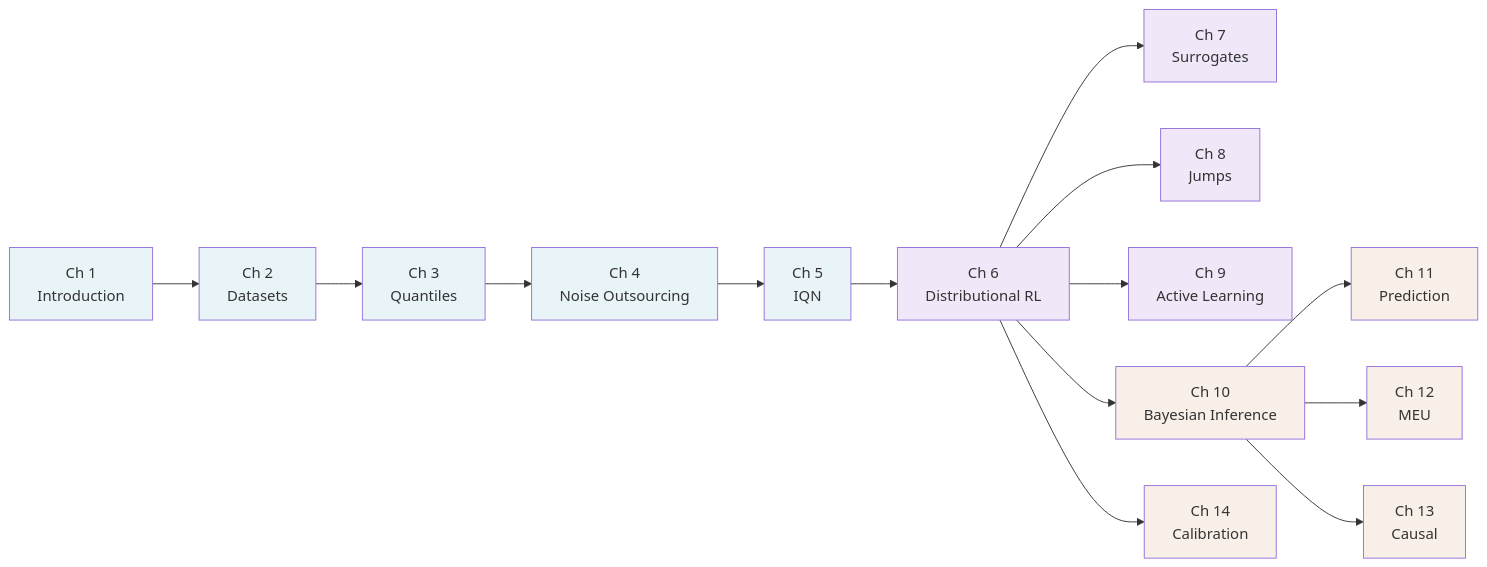
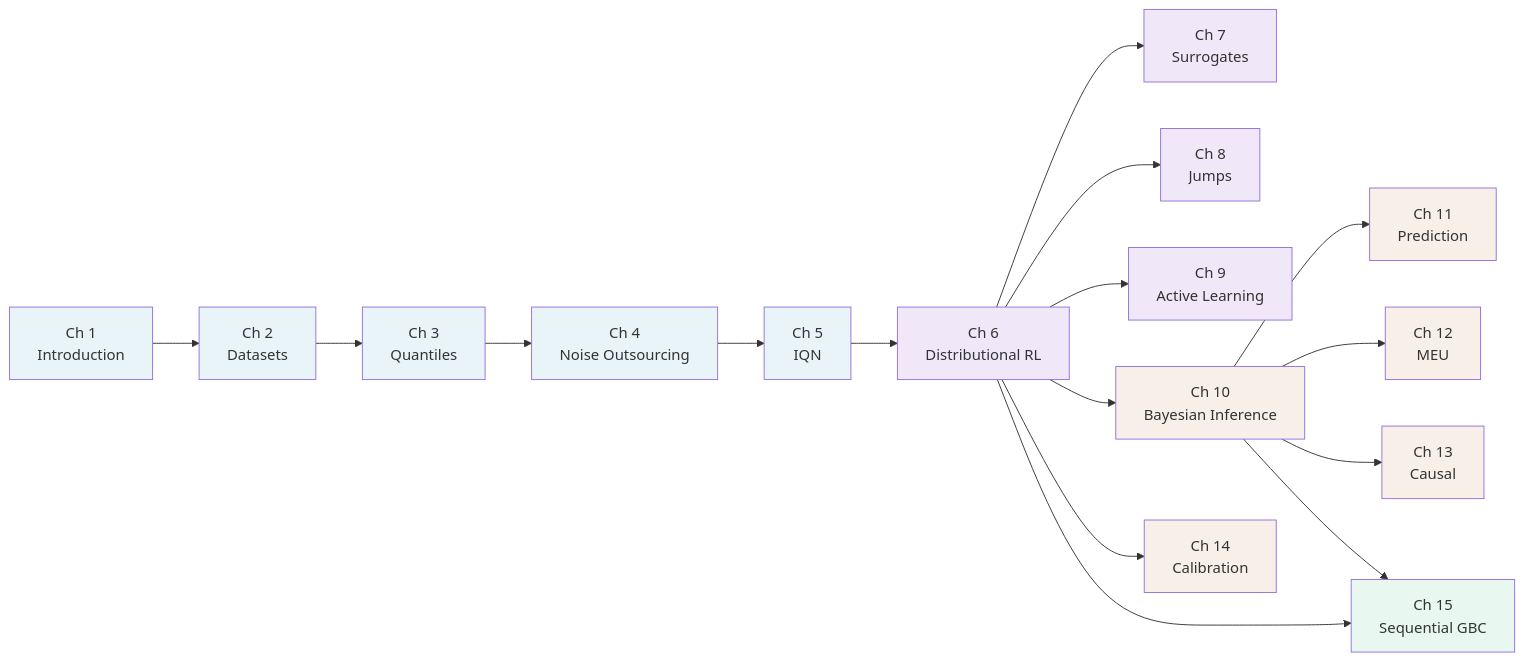
Before and after one commit to VadimSokolov/gbc-book: the diagram in index.qmd, drawn with Mermaid. The commit also changed other lines of this file and 107 other files, not shown here.

````diff
--- a/index.qmd
+++ b/index.qmd
@@ -45,33 +47,36 @@
 ```{mermaid}
 %%| label: fig-dependency
 %%| fig-cap: "Chapter dependency graph. Solid arrows indicate required prerequisites."
 graph LR
     Ch1["Ch 1<br/>Introduction"] --> Ch2["Ch 2<br/>Datasets"]
     Ch2 --> Ch3["Ch 3<br/>Quantiles"]
     Ch3 --> Ch4["Ch 4<br/>Noise Outsourcing"]
     Ch4 --> Ch5["Ch 5<br/>IQN"]
     Ch5 --> Ch6["Ch 6<br/>Distributional RL"]
     Ch6 --> Ch7["Ch 7<br/>Surrogates"]
     Ch6 --> Ch8["Ch 8<br/>Jumps"]
     Ch6 --> Ch9["Ch 9<br/>Active Learning"]
     Ch6 --> Ch10["Ch 10<br/>Bayesian Inference"]
     Ch6 --> Ch14["Ch 14<br/>Calibration"]
     Ch10 --> Ch11["Ch 11<br/>Prediction"]
     Ch10 --> Ch12["Ch 12<br/>MEU"]
     Ch10 --> Ch13["Ch 13<br/>Causal"]
+    Ch10 --> Ch15["Ch 15<br/>Sequential GBC"]
+    Ch6 --> Ch15
 
     style Ch1 fill:#e8f4f8
     style Ch2 fill:#e8f4f8
     style Ch3 fill:#e8f4f8
     style Ch4 fill:#e8f4f8
     style Ch5 fill:#e8f4f8
     style Ch6 fill:#f0e8f8
     style Ch7 fill:#f0e8f8
     style Ch8 fill:#f0e8f8
     style Ch9 fill:#f0e8f8
     style Ch10 fill:#f8f0e8
     style Ch11 fill:#f8f0e8
     style Ch12 fill:#f8f0e8
     style Ch13 fill:#f8f0e8
     style Ch14 fill:#f8f0e8
+    style Ch15 fill:#e8f8f0
 ```
````
